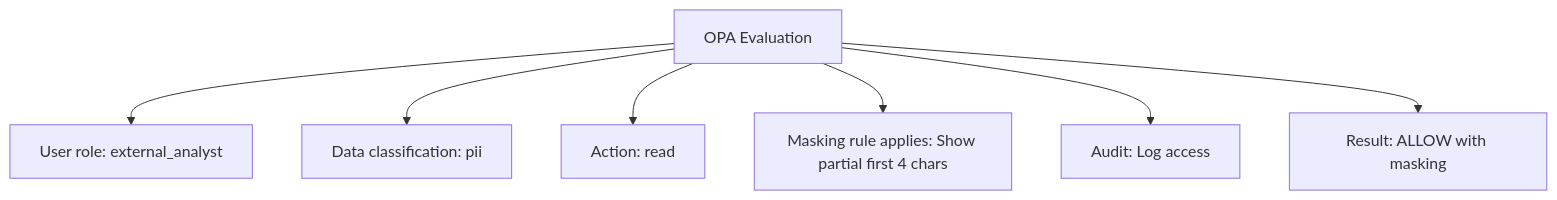
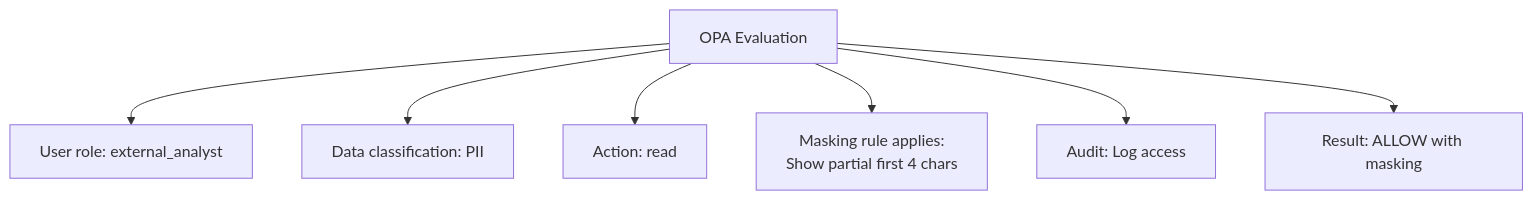
Before and after one commit to naren-chakraview/chakraview-fintech-data-mesh: the second of 2 diagrams in docs/architecture/data-mesh-principles.md, drawn with Mermaid. The commit also changed other lines of this file and 21 other files, not shown here.

First line of the commit message:
Fix mermaid diagram rendering issues in fintech data mesh documentation

````diff
--- a/docs/architecture/data-mesh-principles.md
+++ b/docs/architecture/data-mesh-principles.md
@@ -88,10 +88,10 @@
 ```mermaid
 graph TD
     B["OPA Evaluation"]
     B --> B1["User role: external_analyst"]
-    B --> B2["Data classification: pii"]
+    B --> B2["Data classification: PII"]
     B --> B3["Action: read"]
-    B --> B4["Masking rule applies: Show partial first 4 chars"]
+    B --> B4["Masking rule applies:<br/>Show partial first 4 chars"]
     B --> B5["Audit: Log access"]
     B --> B6["Result: ALLOW with masking"]
 ```
````
